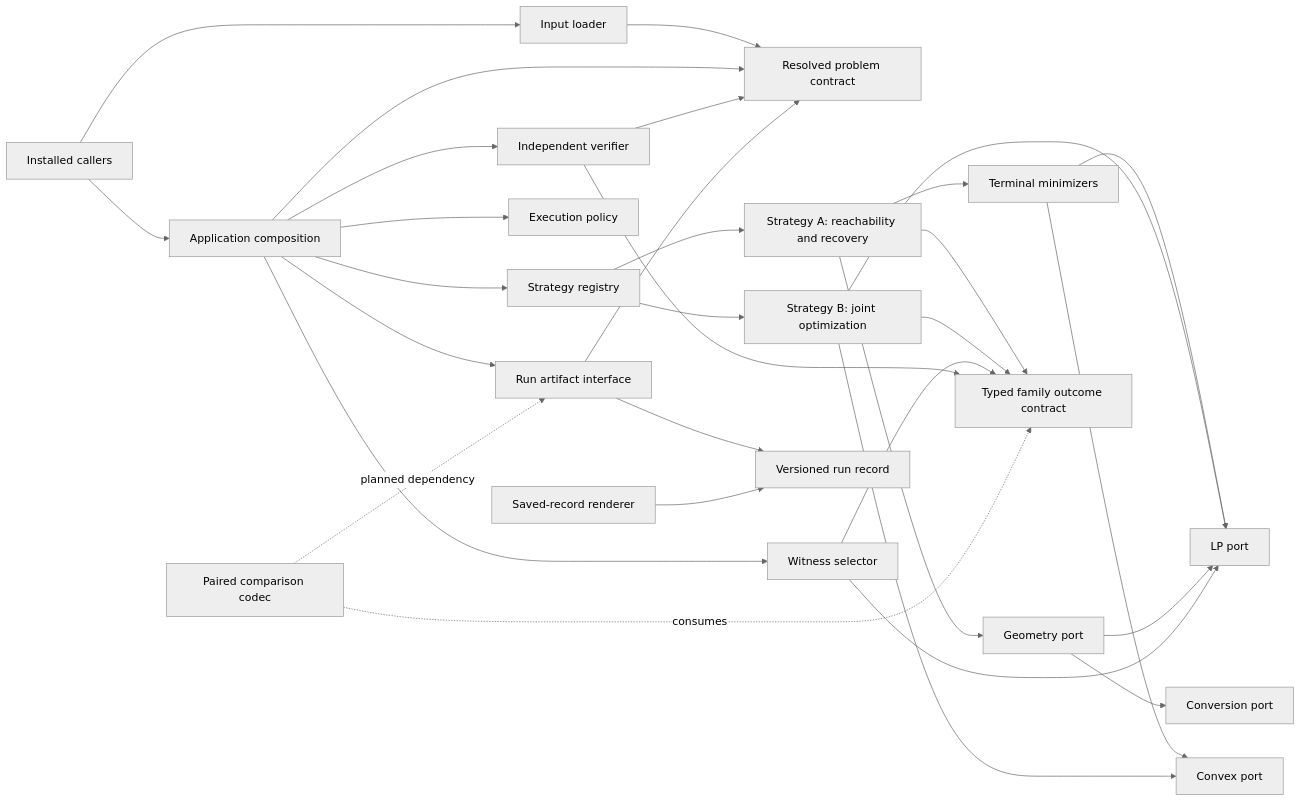
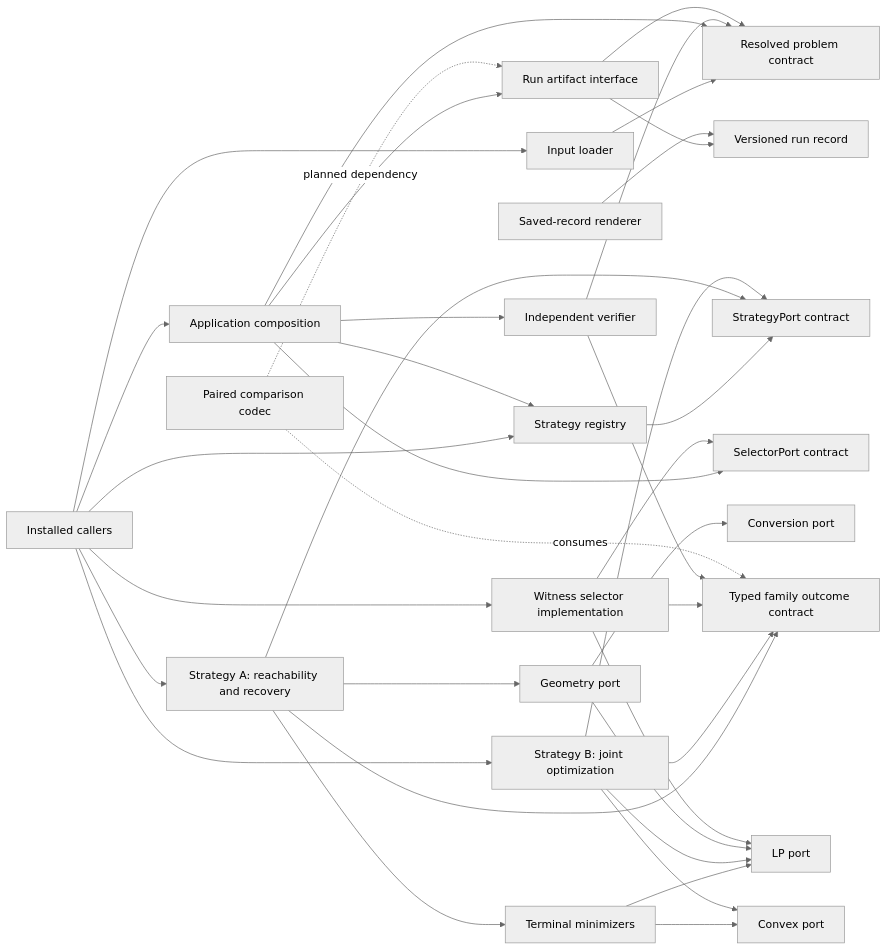
One commit to butahlecoq/controlled-systems-lab changed the diagram in docs/architecture/framework-composition.md. Above: the diagram before and after it, drawn with Mermaid (neutral theme).

Commit message:
Map strategy registration at the port seam

````diff
--- a/docs/architecture/framework-composition.md
+++ b/docs/architecture/framework-composition.md
@@ -15,33 +15,38 @@
 ```mermaid
 flowchart LR
     EX[Installed callers] --> IN[Input loader]
     EX --> AP[Application composition]
+    EX --> SR[Strategy registry]
+    EX --> A[Strategy A: reachability and recovery]
+    EX --> B[Strategy B: joint optimization]
+    EX --> WS[Witness selector implementation]
     IN --> PR[Resolved problem contract]
     AP --> PR
     AP --> SR[Strategy registry]
-    AP --> WS[Witness selector]
+    AP --> SELPORT[SelectorPort contract]
     AP --> V[Independent verifier]
-    AP --> EXEC[Execution policy]
     AP --> ART[Run artifact interface]
-    SR --> A[Strategy A: reachability and recovery]
-    SR --> B[Strategy B: joint optimization]
+    SR --> STRATPORT[StrategyPort contract]
+    A --> STRATPORT
+    B --> STRATPORT
     A --> GEO[Geometry port]
     A --> TERM[Terminal minimizers]
     TERM --> LP
     TERM --> CVX[Convex port]
     A --> F[Typed family outcome contract]
     B --> LP[LP port]
     B --> CVX
     B --> F
     GEO --> LP
     GEO --> CV[Conversion port]
+    WS --> SELPORT
     WS --> F
     WS --> LP
     V --> PR
     V --> F
     ART --> PR
     ART --> RECORD[Versioned run record]
     R[Saved-record renderer] --> RECORD
     PAIR[Paired comparison codec] -. planned dependency .-> ART
     PAIR -. consumes .-> F
 ```
````
